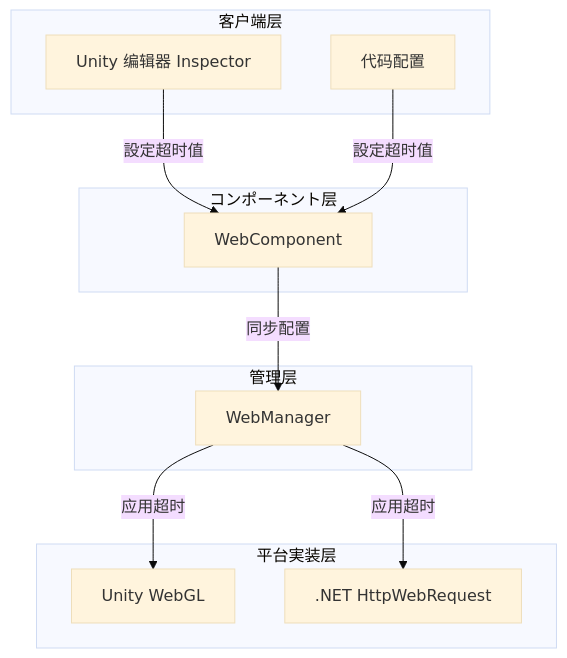
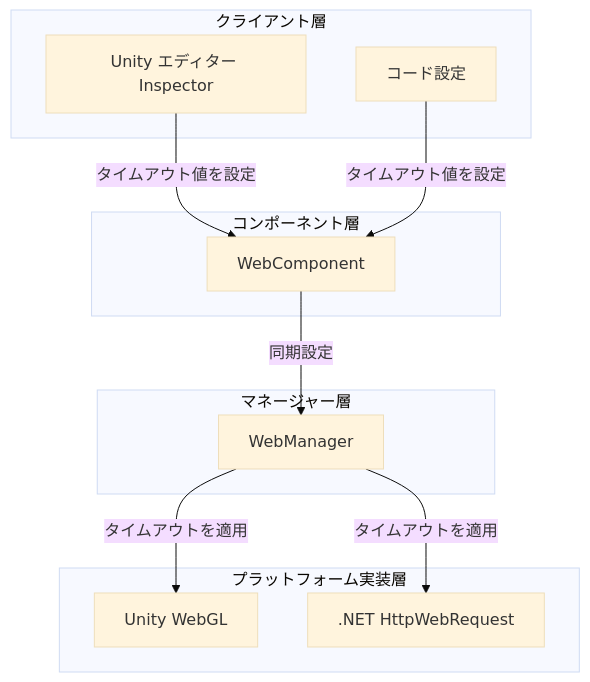
One commit to AlianBlank/GameFrameX.Docs changed the first of 3 diagrams in docs/ja/client/unity/component/web/10.timeout-settings.md. Above: the diagram before and after it, drawn with Mermaid (base theme). The commit also changed other lines of this file and 320 other files, not shown here.

````diff
--- a/docs/ja/client/unity/component/web/10.timeout-settings.md
+++ b/docs/ja/client/unity/component/web/10.timeout-settings.md
@@ -21,26 +21,26 @@
 ```mermaid
 flowchart TD
-    subgraph Client["客户端层"]
-        Inspector[Unity 编辑器 Inspector]
-        Code[代码配置]
+    subgraph Client["クライアント層"]
+        Inspector[Unity エディター Inspector]
+        Code[コード設定]
     end
 
-    subgraph Component["コンポーネント层"]
+    subgraph Component["コンポーネント層"]
         WebComponent[WebComponent]
     end
 
-    subgraph Manager["管理层"]
+    subgraph Manager["マネージャー層"]
         WebManager[WebManager]
     end
 
-    subgraph Platform["平台実装层"]
+    subgraph Platform["プラットフォーム実装層"]
         WebGL[Unity WebGL]
         DotNet[.NET HttpWebRequest]
     end
 
-    Inspector -->|設定超时值| WebComponent
-    Code -->|設定超时值| WebComponent
-    WebComponent -->|同步配置| WebManager
-    WebManager -->|应用超时| WebGL
-    WebManager -->|应用超时| DotNet
+    Inspector -->|タイムアウト値を設定| WebComponent
+    Code -->|タイムアウト値を設定| WebComponent
+    WebComponent -->|同期設定| WebManager
+    WebManager -->|タイムアウトを適用| WebGL
+    WebManager -->|タイムアウトを適用| DotNet
 ```
````
